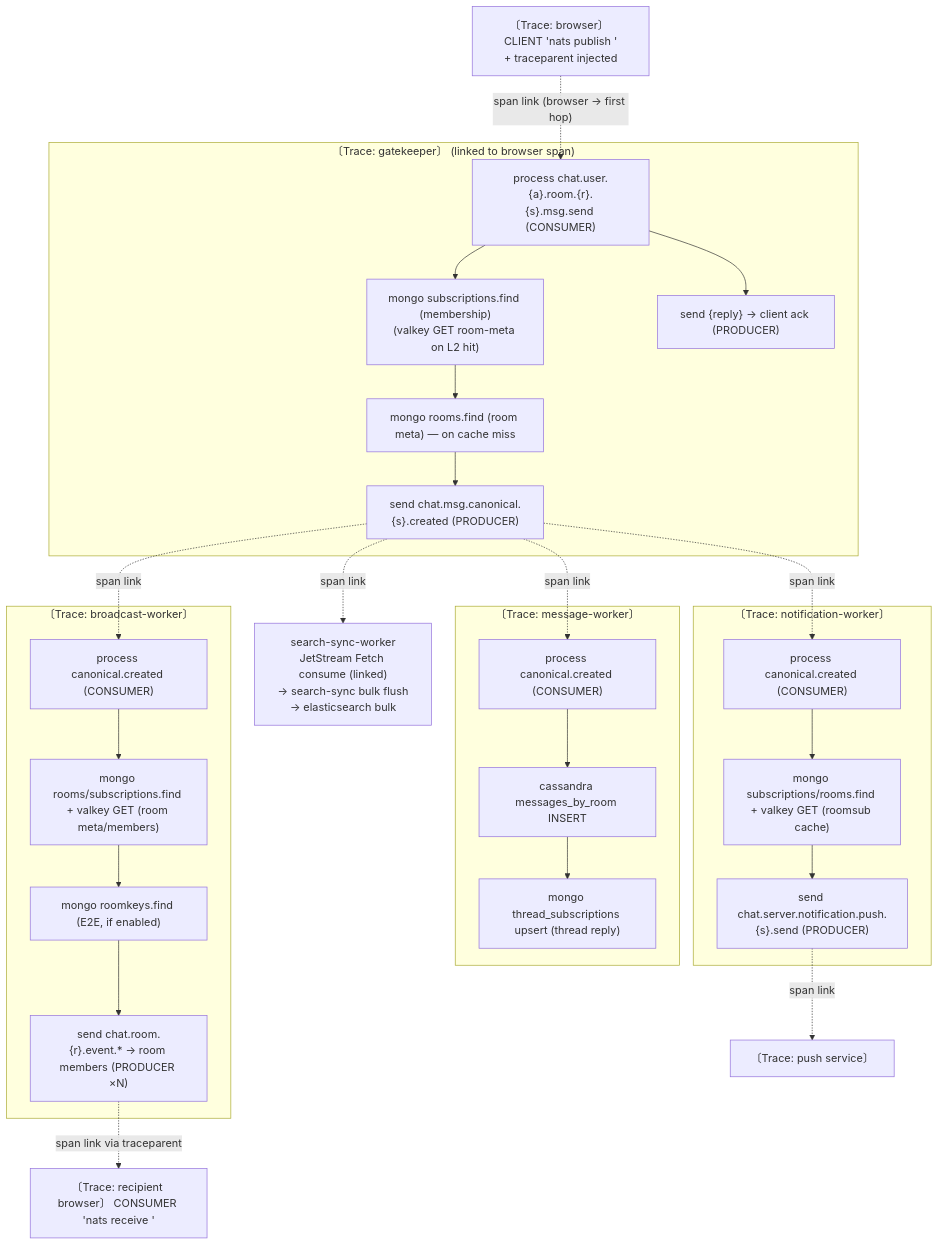
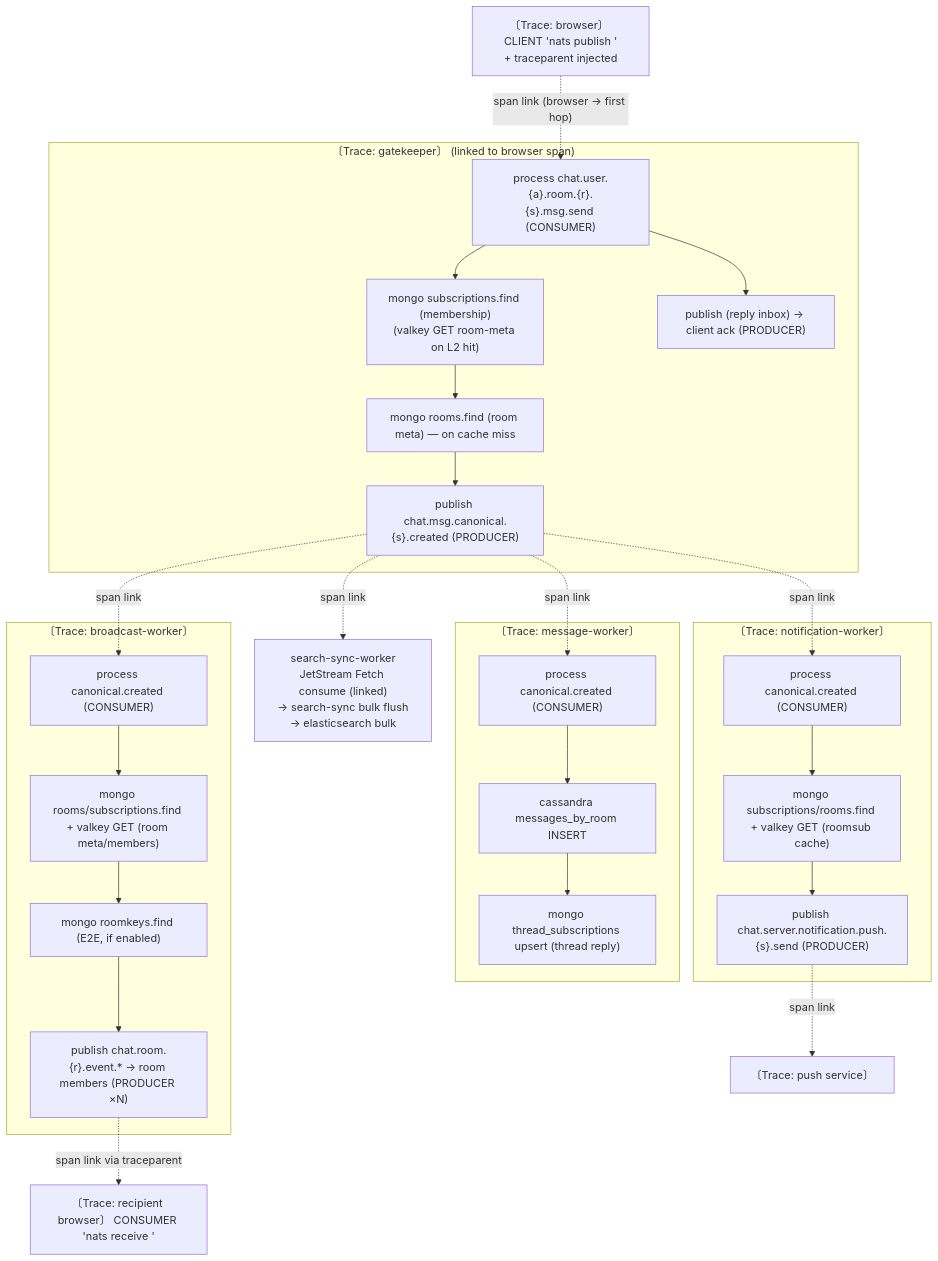
One commit to hmchangw/newchat changed the first of 5 diagrams in docs/specs/o11y/o11y-trace-design.md. Above: the diagram before and after it, drawn with Mermaid. The commit also changed other lines of this file and 53 other files, not shown here.

````diff
--- a/docs/specs/o11y/o11y-trace-design.md
+++ b/docs/specs/o11y/o11y-trace-design.md
@@ -119,46 +140,46 @@
 ```mermaid
 flowchart TB
     Client["〔Trace: browser〕 CLIENT 'nats publish <msg.send subject>'\n+ traceparent injected"]
 
     subgraph TGK["〔Trace: gatekeeper〕 (linked to browser span)"]
       GKp["process chat.user.{a}.room.{r}.{s}.msg.send (CONSUMER)"]
       GKsub["mongo subscriptions.find (membership)\n(valkey GET room-meta on L2 hit)"]
       GKroom["mongo rooms.find (room meta) — on cache miss"]
-      GKsend["send chat.msg.canonical.{s}.created (PRODUCER)"]
-      GKreply["send {reply} → client ack (PRODUCER)"]
+      GKsend["publish chat.msg.canonical.{s}.created (PRODUCER)"]
+      GKreply["publish (reply inbox) → client ack (PRODUCER)"]
       GKp --> GKsub --> GKroom --> GKsend
       GKp --> GKreply
     end
 
     subgraph TMW["〔Trace: message-worker〕"]
       MWp["process canonical.created (CONSUMER)"]
       MWcass["cassandra messages_by_room INSERT"]
       MWthread["mongo thread_subscriptions upsert (thread reply)"]
       MWp --> MWcass --> MWthread
     end
 
     subgraph TBW["〔Trace: broadcast-worker〕"]
       BWp["process canonical.created (CONSUMER)"]
       BWmeta["mongo rooms/subscriptions.find + valkey GET (room meta/members)"]
       BWkey["mongo roomkeys.find (E2E, if enabled)"]
-      BWout["send chat.room.{r}.event.* → room members (PRODUCER ×N)"]
+      BWout["publish chat.room.{r}.event.* → room members (PRODUCER ×N)"]
       BWp --> BWmeta --> BWkey --> BWout
     end
 
     subgraph TNW["〔Trace: notification-worker〕"]
       NWp["process canonical.created (CONSUMER)"]
       NWdb["mongo subscriptions/rooms.find + valkey GET (roomsub cache)"]
-      NWpush["send chat.server.notification.push.{s}.send (PRODUCER)"]
+      NWpush["publish chat.server.notification.push.{s}.send (PRODUCER)"]
       NWp --> NWdb --> NWpush
     end
 
     SS["search-sync-worker\nJetStream Fetch consume (linked)\n→ search-sync bulk flush\n→ elasticsearch bulk"]
 
     Client -. "span link (browser → first hop)" .-> GKp
     GKsend -. "span link" .-> MWp
     GKsend -. "span link" .-> BWp
     GKsend -. "span link" .-> NWp
     GKsend -. "span link" .-> SS
     NWpush -. "span link" .-> PushSvc["〔Trace: push service〕"]
     BWout -. "span link via traceparent" .-> Members["〔Trace: recipient browser〕 CONSUMER 'nats receive <room event subject>'"]
 ```
````
